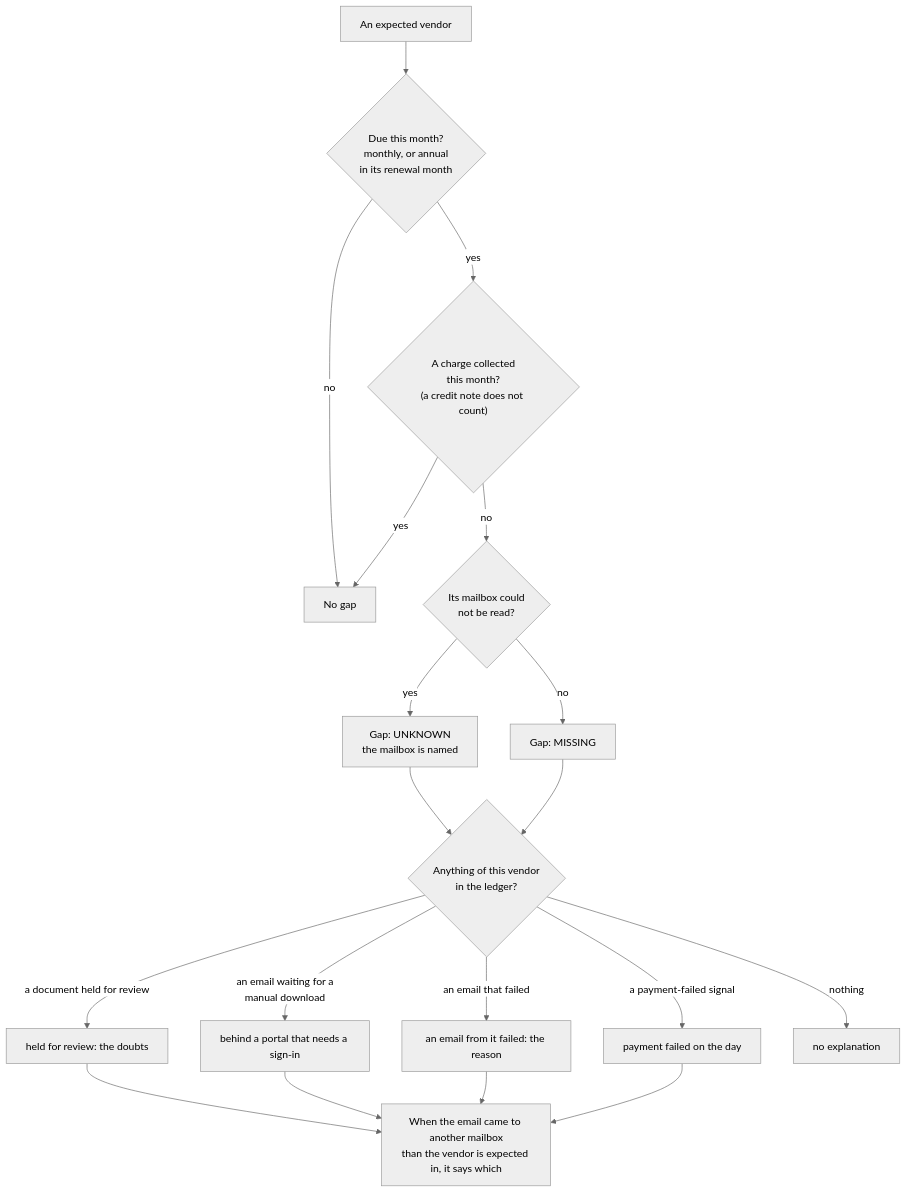
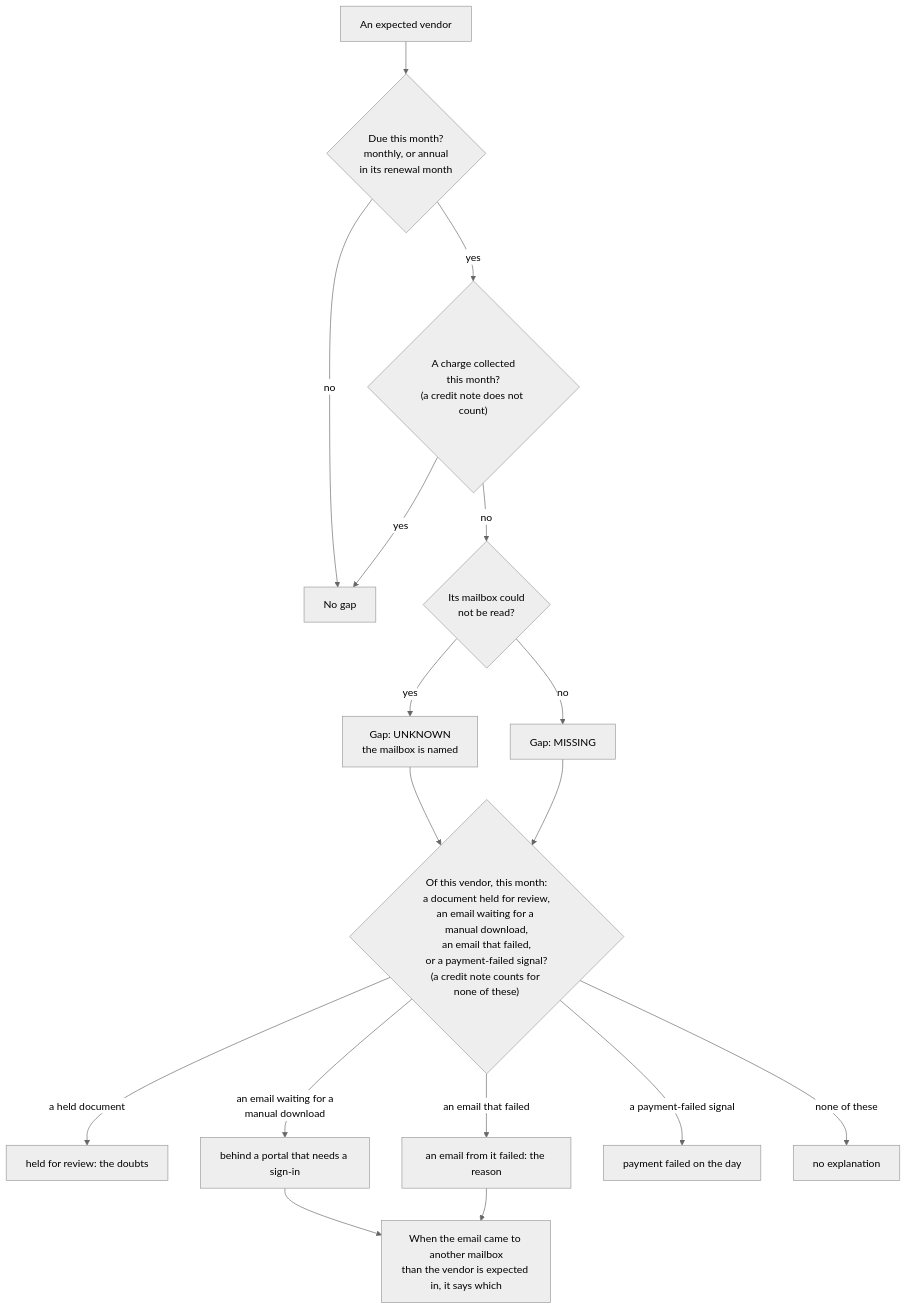
Before and after one commit to itsskofficial/adalatai-assignment: the fourth of 7 diagrams in ARCHITECTURE.md, drawn with Mermaid (neutral theme). The commit also changed other lines of this file, not shown here.

Commit message:
Name what explains a gap, when an approval reaches Drive, and where a clean upload goes
The reconciler explains a gap only from a held document, an email waiting for a
manual download or that failed, and a payment-failed signal, and names the mailbox
only for the two kinds of email. An approved document reaches Drive when the owner
account's Drive can be reached. An upload with no doubts is filed at once.

````diff
--- a/ARCHITECTURE.md
+++ b/ARCHITECTURE.md
@@ -154,18 +154,18 @@
 ```mermaid
 flowchart TB
     vendor["An expected vendor"] --> due{"Due this month?<br/>monthly, or annual<br/>in its renewal month"}
     due -->|no| nogap["No gap"]
     due -->|yes| got{"A charge collected<br/>this month?<br/>(a credit note does not count)"}
     got -->|yes| nogap
     got -->|no| unread{"Its mailbox could<br/>not be read?"}
     unread -->|yes| unknown["Gap: UNKNOWN<br/>the mailbox is named"]
     unread -->|no| missing["Gap: MISSING"]
     unknown --> why
-    missing --> why{"Anything of this vendor<br/>in the ledger?"}
-    why -->|"a document held for review"| e1["held for review: the doubts"]
+    missing --> why{"Of this vendor, this month:<br/>a document held for review,<br/>an email waiting for a manual download,<br/>an email that failed,<br/>or a payment-failed signal?<br/>(a credit note counts for none of these)"}
+    why -->|"a held document"| e1["held for review: the doubts"]
     why -->|"an email waiting for a<br/>manual download"| e2["behind a portal that needs a sign-in"]
     why -->|"an email that failed"| e3["an email from it failed: the reason"]
     why -->|"a payment-failed signal"| e4["payment failed on the day"]
-    why -->|nothing| e5["no explanation"]
-    e1 & e2 & e3 & e4 --> named["When the email came to another mailbox<br/>than the vendor is expected in, it says which"]
+    why -->|"none of these"| e5["no explanation"]
+    e2 & e3 --> named["When the email came to another mailbox<br/>than the vendor is expected in, it says which"]
 ```
````
